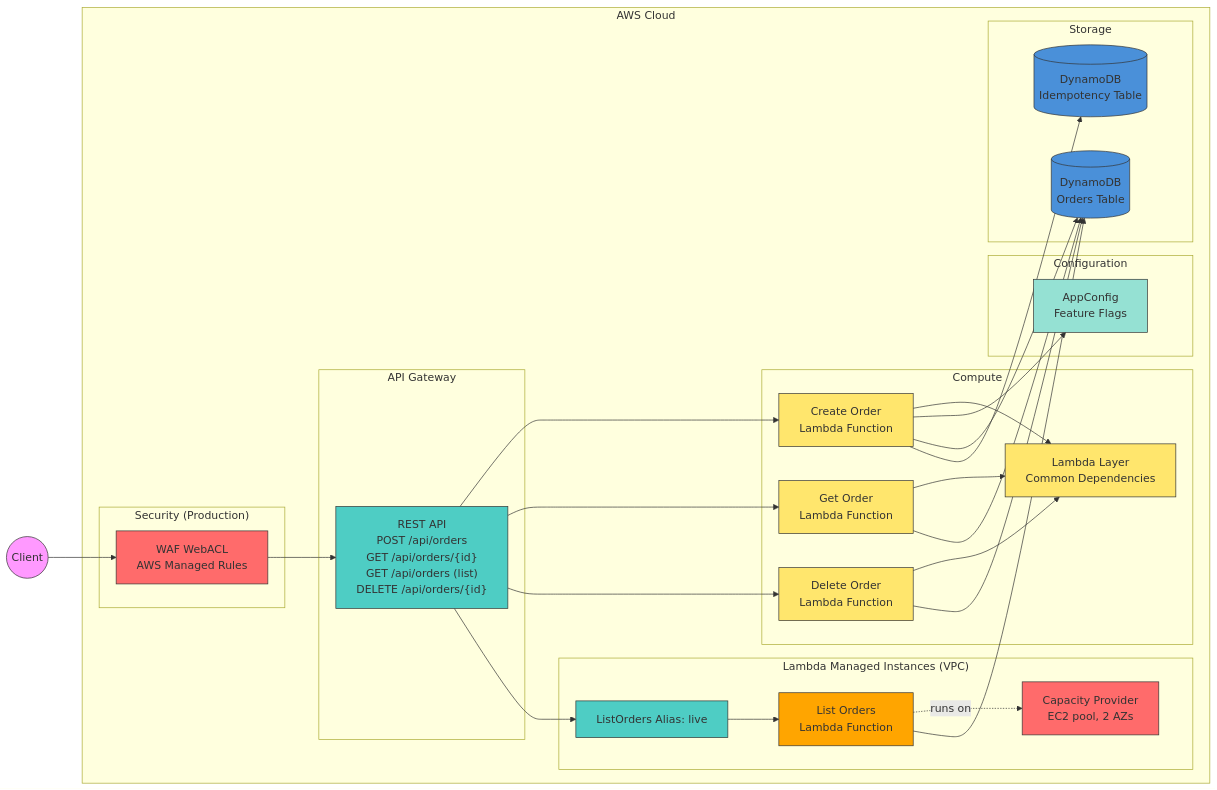
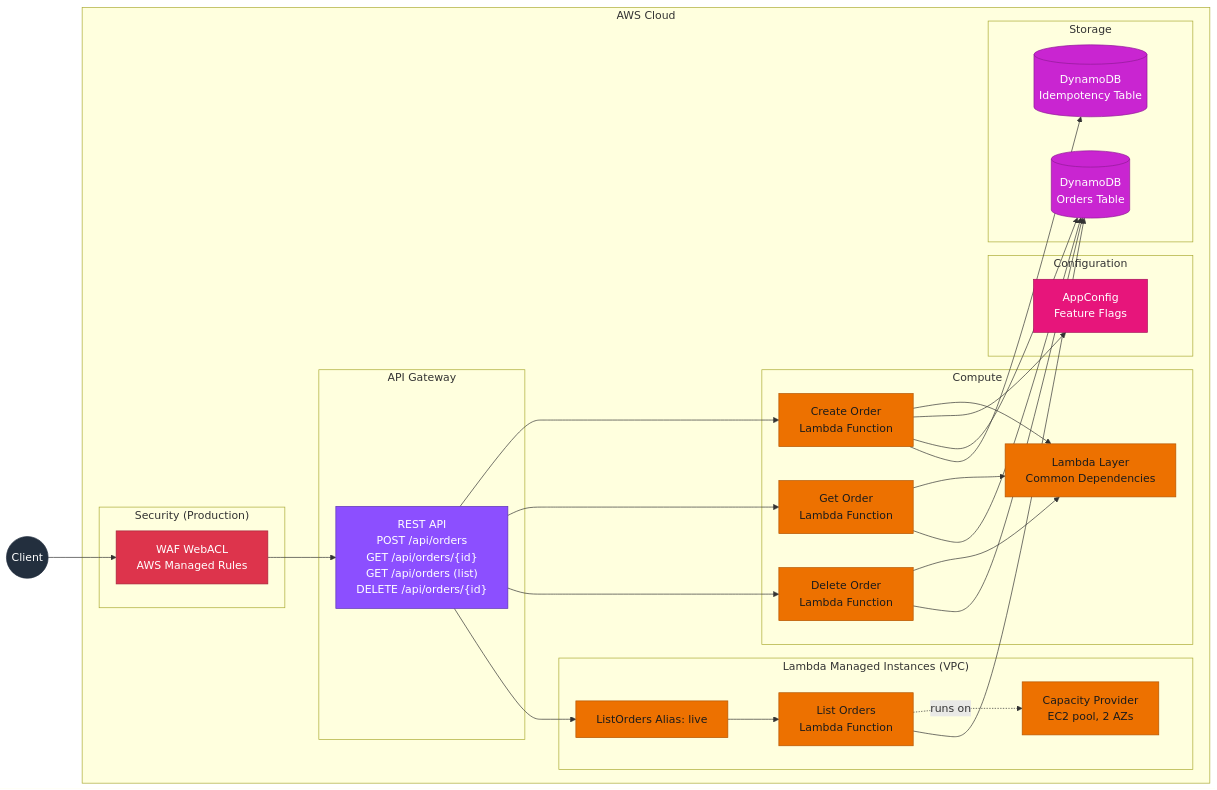
Before and after one commit to ran-isenberg/aws-lambda-handler-cookbook: the diagram in docs/cdk.md, drawn with Mermaid. The commit also changed 66 other files, not shown here.

````diff
--- a/docs/cdk.md
+++ b/docs/cdk.md
@@ -14,66 +14,65 @@
 ```mermaid
 flowchart LR
     subgraph AWS["AWS Cloud"]
         subgraph APIGW["API Gateway"]
             REST["REST API<br/>POST /api/orders<br/>GET /api/orders/{id}<br/>GET /api/orders (list)<br/>DELETE /api/orders/{id}"]
         end
 
         subgraph Security["Security (Production)"]
             WAF["WAF WebACL<br/>AWS Managed Rules"]
         end
 
         subgraph Compute["Compute"]
             CREATE["Create Order<br/>Lambda Function"]
             GET["Get Order<br/>Lambda Function"]
             DELETE["Delete Order<br/>Lambda Function"]
             LAYER["Lambda Layer<br/>Common Dependencies"]
         end
 
         subgraph LMI["Lambda Managed Instances (VPC)"]
             LIST_ALIAS["ListOrders Alias: live"]
             LIST["List Orders<br/>Lambda Function"]
             CP["Capacity Provider<br/>EC2 pool, 2 AZs"]
         end
 
         subgraph Config["Configuration"]
             APPCONFIG["AppConfig<br/>Feature Flags"]
         end
 
         subgraph Storage["Storage"]
             DDB[("DynamoDB<br/>Orders Table")]
             IDEMPOTENCY[("DynamoDB<br/>Idempotency Table")]
         end
     end
 
     CLIENT((Client)) --> WAF
     WAF --> REST
     REST --> CREATE
     REST --> GET
     REST --> DELETE
     REST --> LIST_ALIAS
     LIST_ALIAS --> LIST
     LIST -.runs on.-> CP
     CREATE --> LAYER
     GET --> LAYER
     DELETE --> LAYER
     CREATE --> APPCONFIG
     CREATE --> DDB
     CREATE --> IDEMPOTENCY
     GET --> DDB
     DELETE --> DDB
     LIST --> DDB
 
-    style CLIENT fill:#f9f,stroke:#333
-    style WAF fill:#ff6b6b,stroke:#333
-    style REST fill:#4ecdc4,stroke:#333
-    style CREATE fill:#ffe66d,stroke:#333
-    style GET fill:#ffe66d,stroke:#333
-    style DELETE fill:#ffe66d,stroke:#333
-    style LAYER fill:#ffe66d,stroke:#333
-    style LIST fill:#ffa500,stroke:#333
-    style LIST_ALIAS fill:#4ecdc4,stroke:#333
-    style CP fill:#ff6b6b,stroke:#333
-    style APPCONFIG fill:#95e1d3,stroke:#333
-    style DDB fill:#4a90d9,stroke:#333
-    style IDEMPOTENCY fill:#4a90d9,stroke:#333
+    classDef client fill:#232F3E,stroke:#232F3E,color:#fff
+    classDef network fill:#8C4FFF,stroke:#5A30B5,color:#fff
+    classDef security fill:#DD344C,stroke:#A3233A,color:#fff
+    classDef compute fill:#ED7100,stroke:#B35500,color:#1b1b1b
+    classDef database fill:#C925D1,stroke:#8F1A95,color:#fff
+    classDef management fill:#E7157B,stroke:#A50F58,color:#fff
+    class CLIENT client
+    class WAF security
+    class REST network
+    class CREATE,GET,DELETE,LAYER,LIST,LIST_ALIAS,CP compute
+    class DDB,IDEMPOTENCY database
+    class APPCONFIG management
 ```
````
